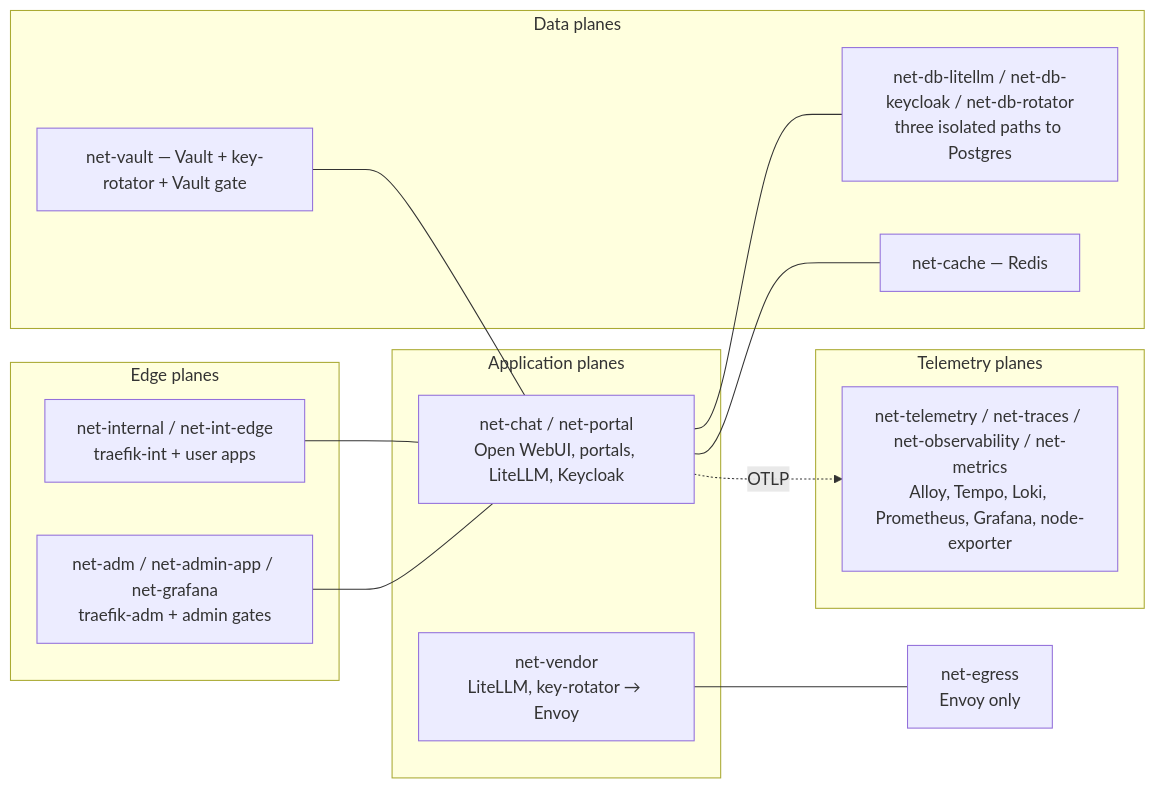
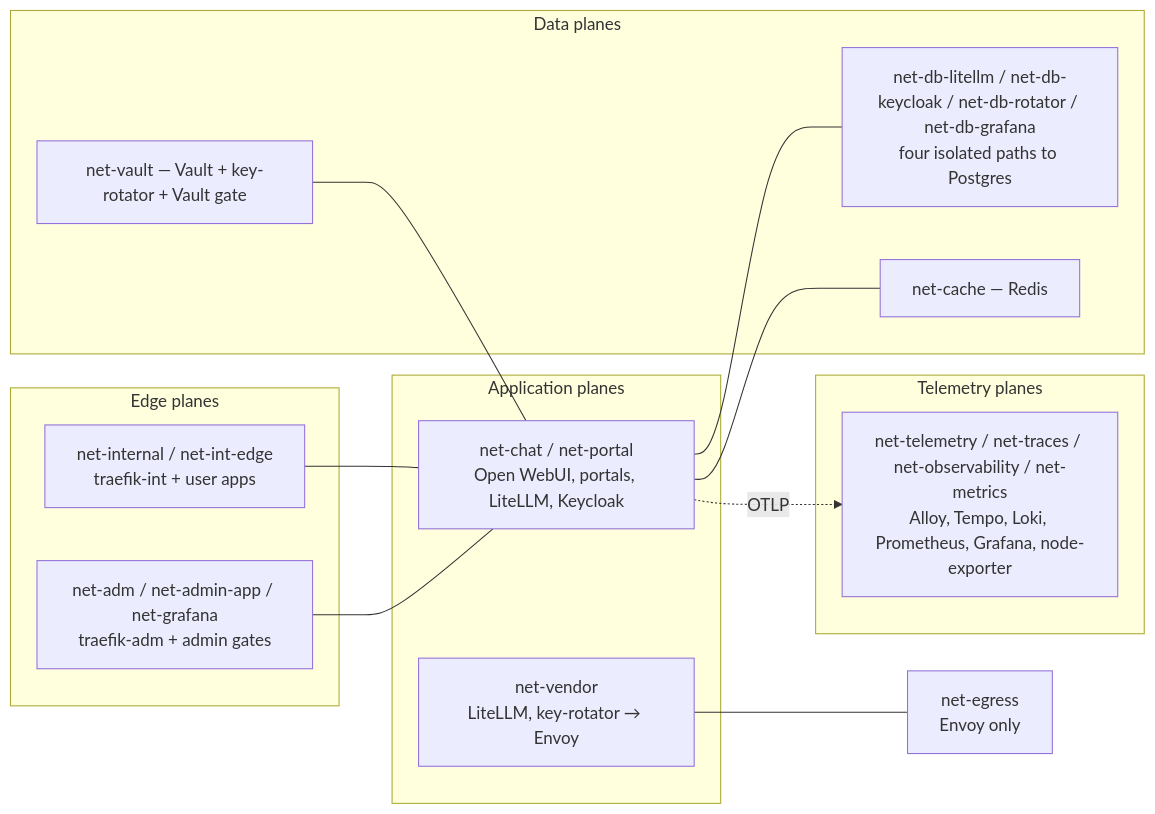
One commit to derhornspieler/ai-gateway changed the second of 9 diagrams in docs/architecture-diagrams.md. Above: the diagram before and after it, drawn with Mermaid. The commit also changed 31 other files, not shown here.

````diff
--- a/docs/architecture-diagrams.md
+++ b/docs/architecture-diagrams.md
@@ -52,26 +52,26 @@
 ```mermaid
 flowchart LR
   subgraph edge [Edge planes]
     E1[net-internal / net-int-edge<br/>traefik-int + user apps]
     E2[net-adm / net-admin-app / net-grafana<br/>traefik-adm + admin gates]
   end
   subgraph app [Application planes]
     A1[net-chat / net-portal<br/>Open WebUI, portals, LiteLLM, Keycloak]
     A2[net-vendor<br/>LiteLLM, key-rotator → Envoy]
   end
   subgraph data [Data planes]
-    D1[net-db-litellm / net-db-keycloak / net-db-rotator<br/>three isolated paths to Postgres]
+    D1[net-db-litellm / net-db-keycloak / net-db-rotator / net-db-grafana<br/>four isolated paths to Postgres]
     D2[net-cache — Redis]
     D3[net-vault — Vault + key-rotator + Vault gate]
   end
   subgraph obs [Telemetry planes]
     O1[net-telemetry / net-traces / net-observability / net-metrics<br/>Alloy, Tempo, Loki, Prometheus, Grafana, node-exporter]
   end
   E1 --- A1
   E2 --- A1
   A1 --- D1
   A1 --- D2
   A2 --- G[net-egress<br/>Envoy only]
   A1 -.OTLP.-> O1
   D3 --- A1
 ```
````
